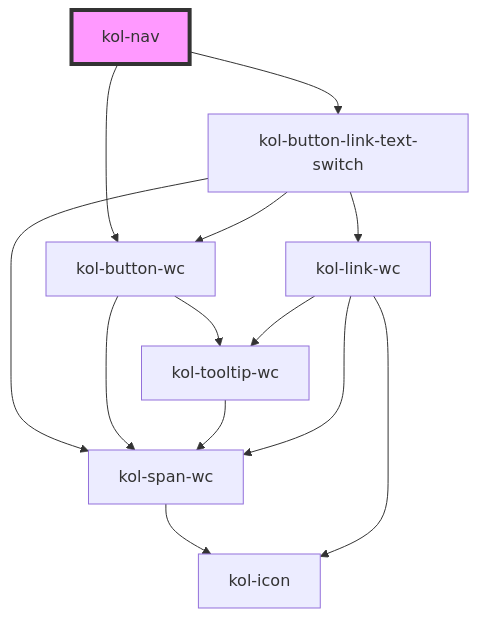
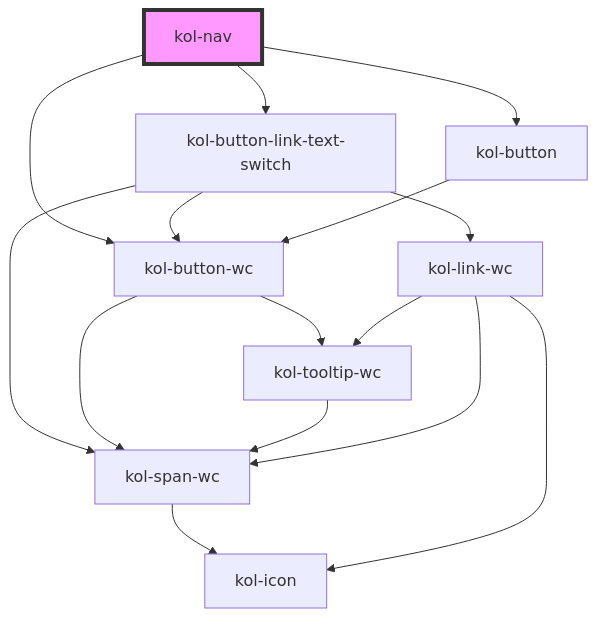
The diagram in packages/components/src/components/nav/readme.md (public-ui/kolibri), drawn with Mermaid before and after one commit. The commit also changed other lines of this file and 14 other files, not shown here.

````diff
--- a/packages/components/src/components/nav/readme.md
+++ b/packages/components/src/components/nav/readme.md
@@ -119,16 +121,18 @@
 ```mermaid
 graph TD;
   kol-nav --> kol-button-link-text-switch
   kol-nav --> kol-button-wc
+  kol-nav --> kol-button
   kol-button-link-text-switch --> kol-button-wc
   kol-button-link-text-switch --> kol-link-wc
   kol-button-link-text-switch --> kol-span-wc
   kol-button-wc --> kol-span-wc
   kol-button-wc --> kol-tooltip-wc
   kol-span-wc --> kol-icon
   kol-tooltip-wc --> kol-span-wc
   kol-link-wc --> kol-span-wc
   kol-link-wc --> kol-icon
   kol-link-wc --> kol-tooltip-wc
+  kol-button --> kol-button-wc
   style kol-nav fill:#f9f,stroke:#333,stroke-width:4px
 ```
````
